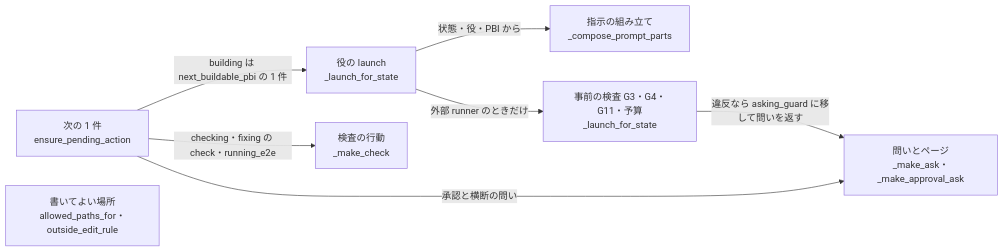
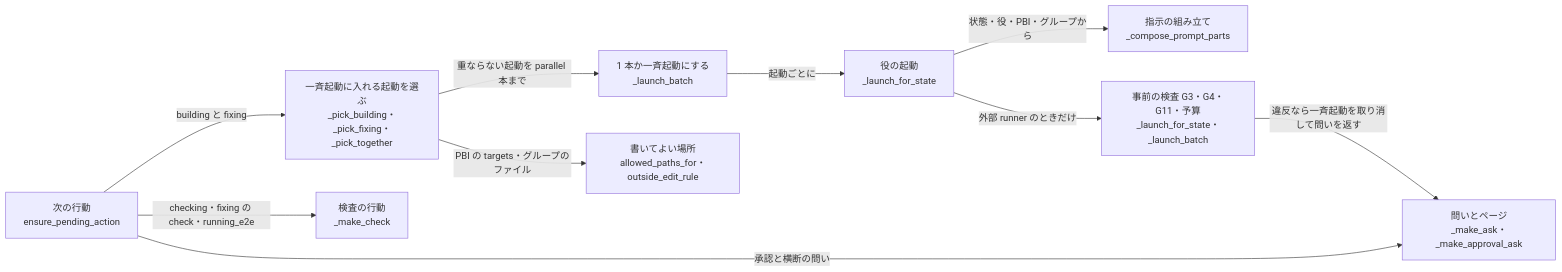
The diagram in .omm/overall-architecture/actions/diagram.mmd (reeschan/atelier), drawn with Mermaid before and after one commit. The commit also changed 107 other files, not shown here.

Commit message:
docs(atelier): redraw the OMM diagrams for launch batches

```diff
--- a/.omm/overall-architecture/actions/diagram.mmd
+++ b/.omm/overall-architecture/actions/diagram.mmd
@@ -1,15 +1,20 @@
 graph LR
-    ensure-pending-action["次の 1 件\nensure_pending_action"]
-    launch-for-state["役の launch\n_launch_for_state"]
+    ensure-pending-action["次の行動\nensure_pending_action"]
+    pick-together["一斉起動に入れる起動を選ぶ\n_pick_building・_pick_fixing・_pick_together"]
+    launch-batch["1 本か一斉起動にする\n_launch_batch"]
+    launch-for-state["役の起動\n_launch_for_state"]
     compose-prompt["指示の組み立て\n_compose_prompt_parts"]
-    prelaunch-guards["事前の検査 G3・G4・G11・予算\n_launch_for_state"]
+    prelaunch-guards["事前の検査 G3・G4・G11・予算\n_launch_for_state・_launch_batch"]
     make-check["検査の行動\n_make_check"]
     asks["問いとページ\n_make_ask・_make_approval_ask"]
     paths["書いてよい場所\nallowed_paths_for・outside_edit_rule"]
 
-    ensure-pending-action -->|"building は next_buildable_pbi の 1 件"| launch-for-state
+    ensure-pending-action -->|"building と fixing"| pick-together
+    pick-together -->|"重ならない起動を parallel 本まで"| launch-batch
+    launch-batch -->|"起動ごとに"| launch-for-state
     ensure-pending-action -->|"checking・fixing の check・running_e2e"| make-check
     ensure-pending-action -->|"承認と横断の問い"| asks
-    launch-for-state -->|"状態・役・PBI から"| compose-prompt
+    launch-for-state -->|"状態・役・PBI・グループから"| compose-prompt
     launch-for-state -->|"外部 runner のときだけ"| prelaunch-guards
-    prelaunch-guards -->|"違反なら asking_guard に移して問いを返す"| asks
+    prelaunch-guards -->|"違反なら一斉起動を取り消して問いを返す"| asks
+    pick-together -->|"PBI の targets・グループのファイル"| paths
```
